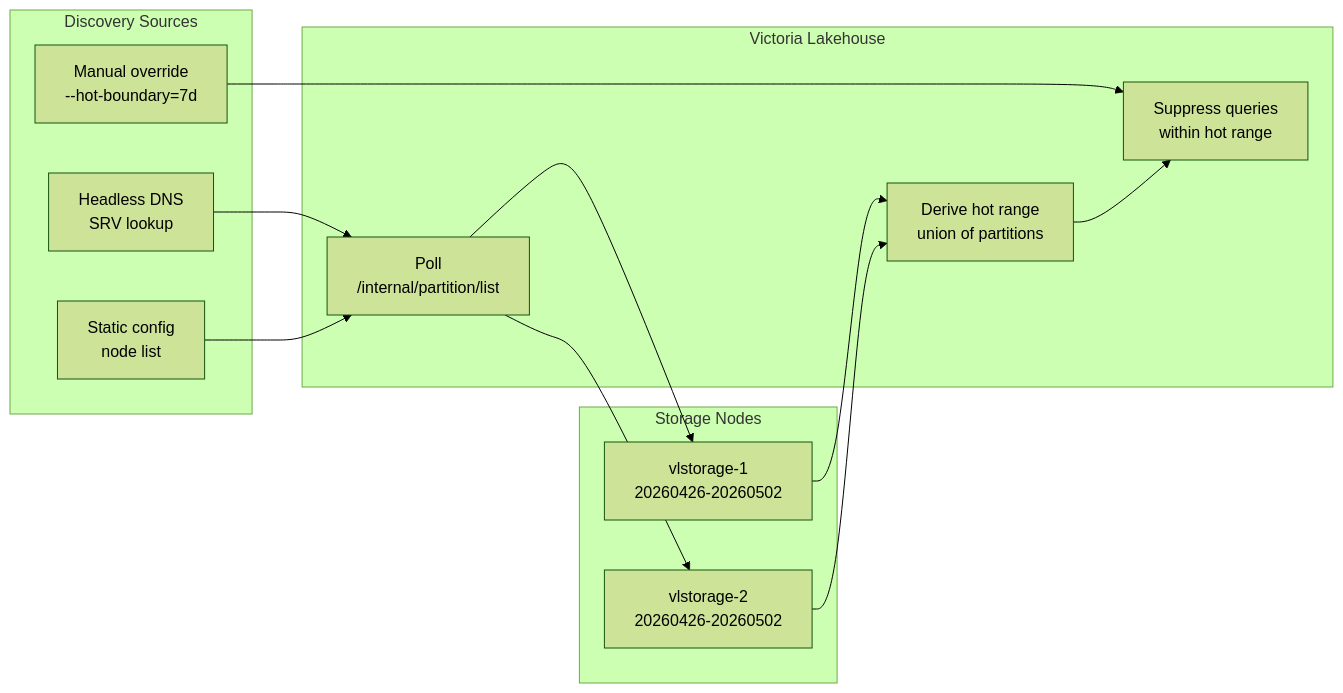
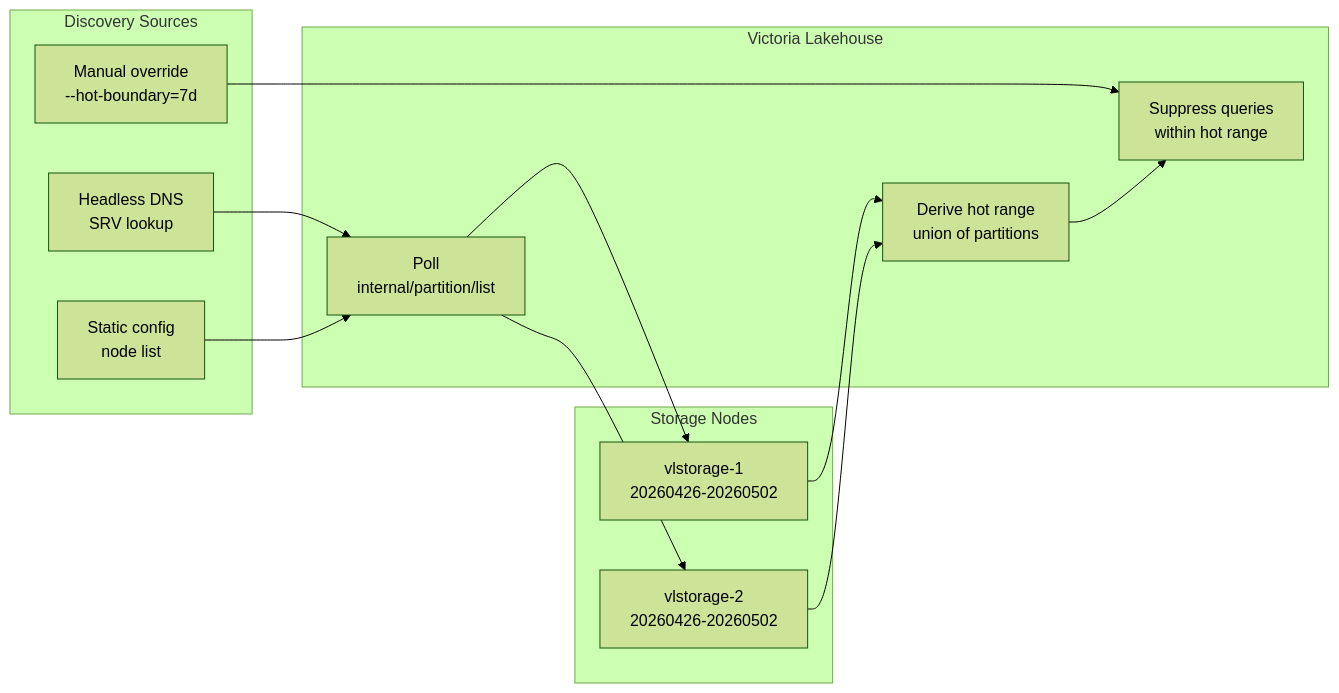
One commit to ReliablyObserve/victoria-lakehouse changed the sixth of 15 diagrams in docs/architecture.md. Above: the diagram before and after it, drawn with Mermaid (forest theme). The commit also changed other lines of this file and 84 other files, not shown here.

````diff
--- a/docs/architecture.md
+++ b/docs/architecture.md
@@ -423,28 +423,28 @@
 ```mermaid
 flowchart LR
     subgraph "Discovery Sources"
         DNS["Headless DNS<br/>SRV lookup"]
         Static["Static config<br/>node list"]
         Manual["Manual override<br/>--hot-boundary=7d"]
     end
     
     subgraph "Victoria Lakehouse"
-        Poll["Poll<br/>/internal/partition/list"]
+        Poll["Poll<br/>internal/partition/list"]
         Derive["Derive hot range<br/>union of partitions"]
         Suppress["Suppress queries<br/>within hot range"]
     end
     
     subgraph "Storage Nodes"
         VS1["vlstorage-1<br/>20260426-20260502"]
         VS2["vlstorage-2<br/>20260426-20260502"]
     end
     
     DNS --> Poll
     Static --> Poll
     Manual --> Suppress
     Poll --> VS1
     Poll --> VS2
     VS1 --> Derive
     VS2 --> Derive
     Derive --> Suppress
 ```
````
